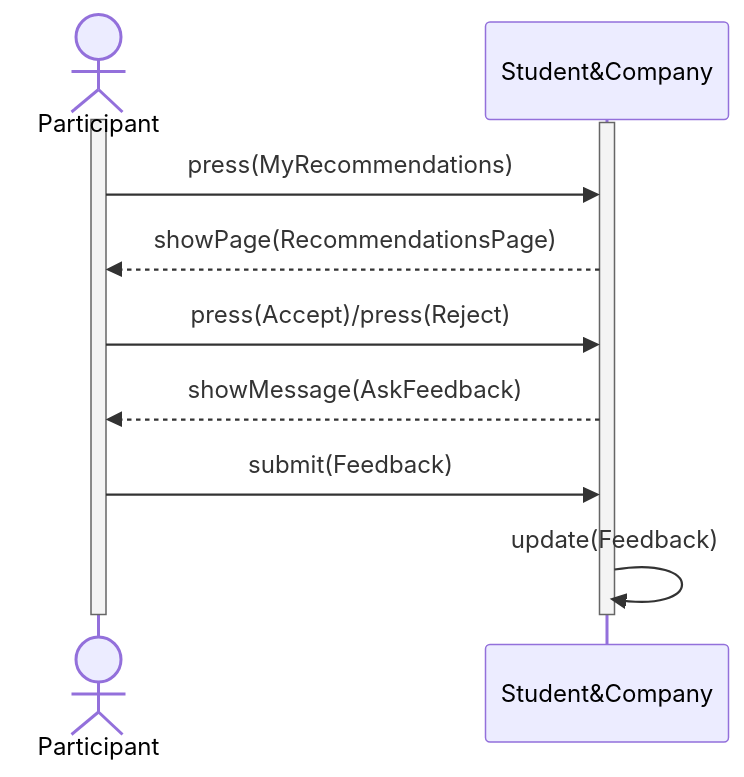
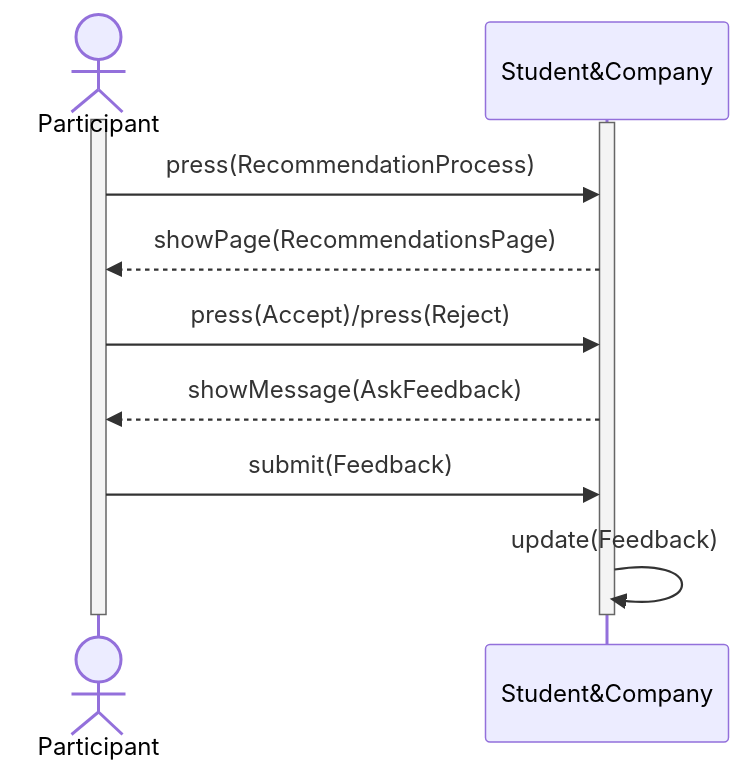
One commit to Slaitroc/RicciPaoliGrisoni changed the ninth of 14 diagrams in Diagrams/SequenceDiagrams/SequenceDiagrams.md. Above: the diagram before and after it, drawn with Mermaid. The commit also changed other lines of this file and 3 other files, not shown here.

Commit message:
sequences refactor (MyRecommendation to RecommendationOffers)

````diff
--- a/Diagrams/SequenceDiagrams/SequenceDiagrams.md
+++ b/Diagrams/SequenceDiagrams/SequenceDiagrams.md
@@ -299,15 +299,15 @@
 ```mermaid
 sequenceDiagram
     actor ㅤParticipantㅤ
     participant Student&Company
     activate ㅤParticipantㅤ
     activate Student&Company
-    ㅤParticipantㅤ ->> Student&Company: press(MyRecommendations)
+    ㅤParticipantㅤ ->> Student&Company: press(RecommendationProcess)
     Student&Company -->> ㅤParticipantㅤ: showPage(RecommendationsPage)
     ㅤParticipantㅤ ->> Student&Company: press(Accept)/press(Reject)
     Student&Company -->> ㅤParticipantㅤ: showMessage(AskFeedback)
     ㅤParticipantㅤ ->> Student&Company: submit(Feedback)
     Student&Company ->> Student&Company: update(Feedback)
     deactivate Student&Company
     deactivate ㅤParticipantㅤ
 ```
````
